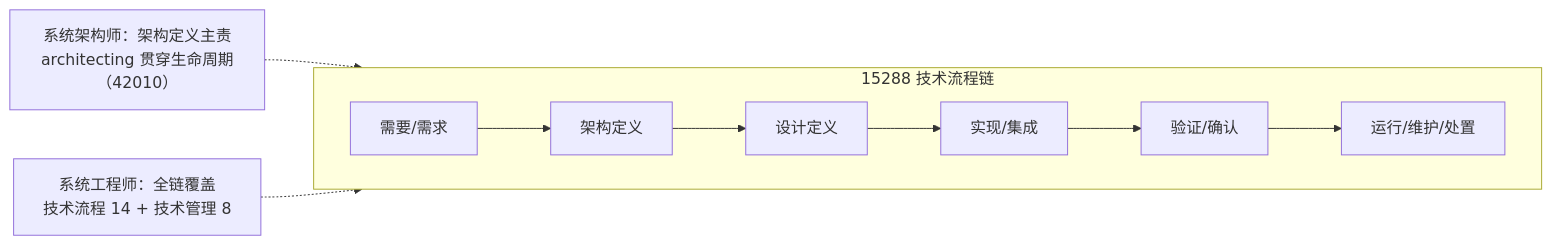
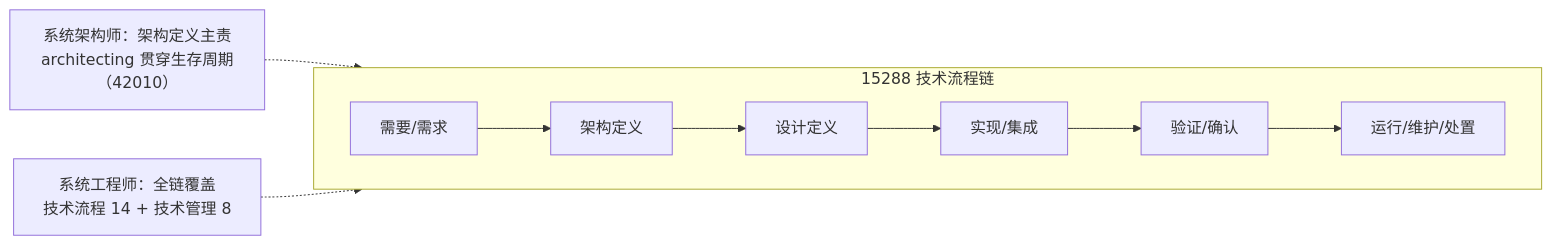
Before and after one commit to Yongjunzhou/AOS-system-design: the fifth of 21 diagrams in 100-subprojects/01-系统工程研究/00-系统工程相关研究报告/13-工程角色谱系研究报告-从模块工程师到系统架构师.md, drawn with Mermaid. The commit also changed other lines of this file and 38 other files, not shown here.

````diff
--- a/100-subprojects/01-系统工程研究/00-系统工程相关研究报告/13-工程角色谱系研究报告-从模块工程师到系统架构师.md
+++ b/100-subprojects/01-系统工程研究/00-系统工程相关研究报告/13-工程角色谱系研究报告-从模块工程师到系统架构师.md
@@ -228,9 +252,9 @@
 ```mermaid
 flowchart LR
     subgraph CHAIN["15288 技术流程链"]
         direction LR
         N1["需要/需求"] --> N2["架构定义"] --> N3["设计定义"] --> N4["实现/集成"] --> N5["验证/确认"] --> N6["运行/维护/处置"]
     end
     SE["系统工程师：全链覆盖<br/>技术流程 14 + 技术管理 8"] -.-> CHAIN
-    SA["系统架构师：架构定义主责<br/>architecting 贯穿生命周期（42010）"] -.-> N2
+    SA["系统架构师：架构定义主责<br/>architecting 贯穿生存周期（42010）"] -.-> N2
 ```
````
